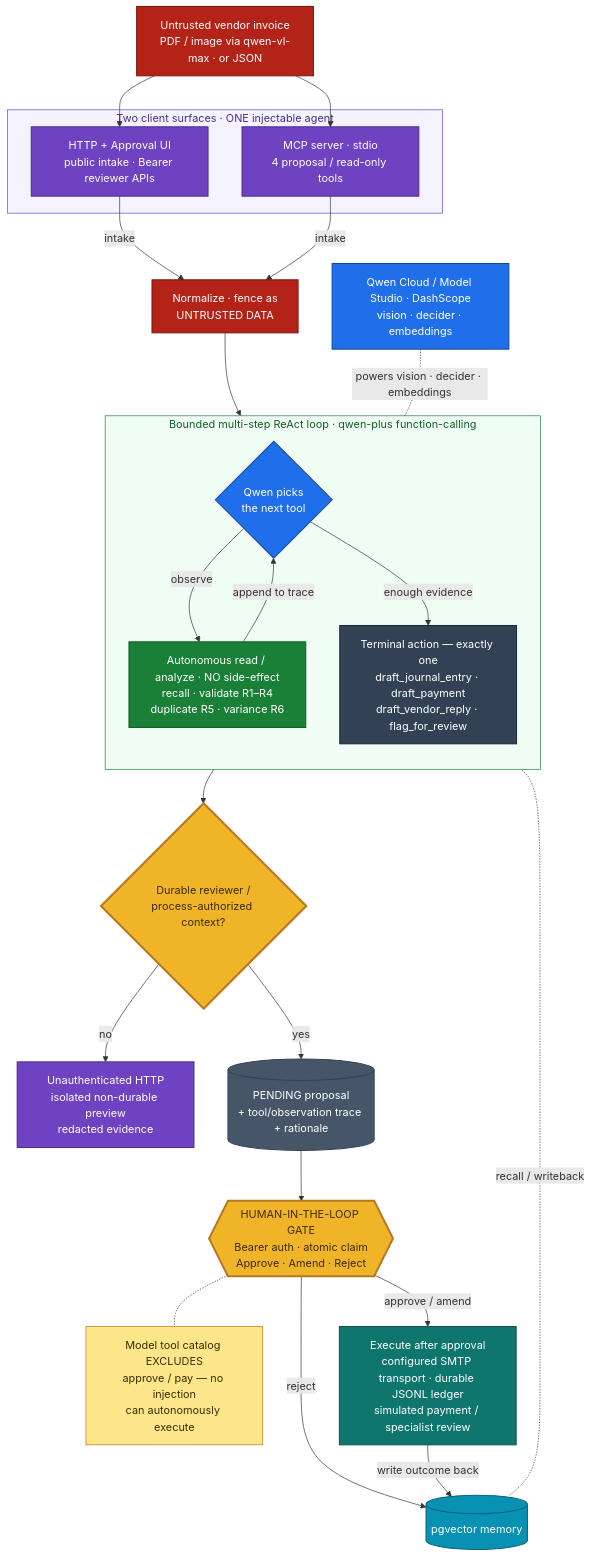
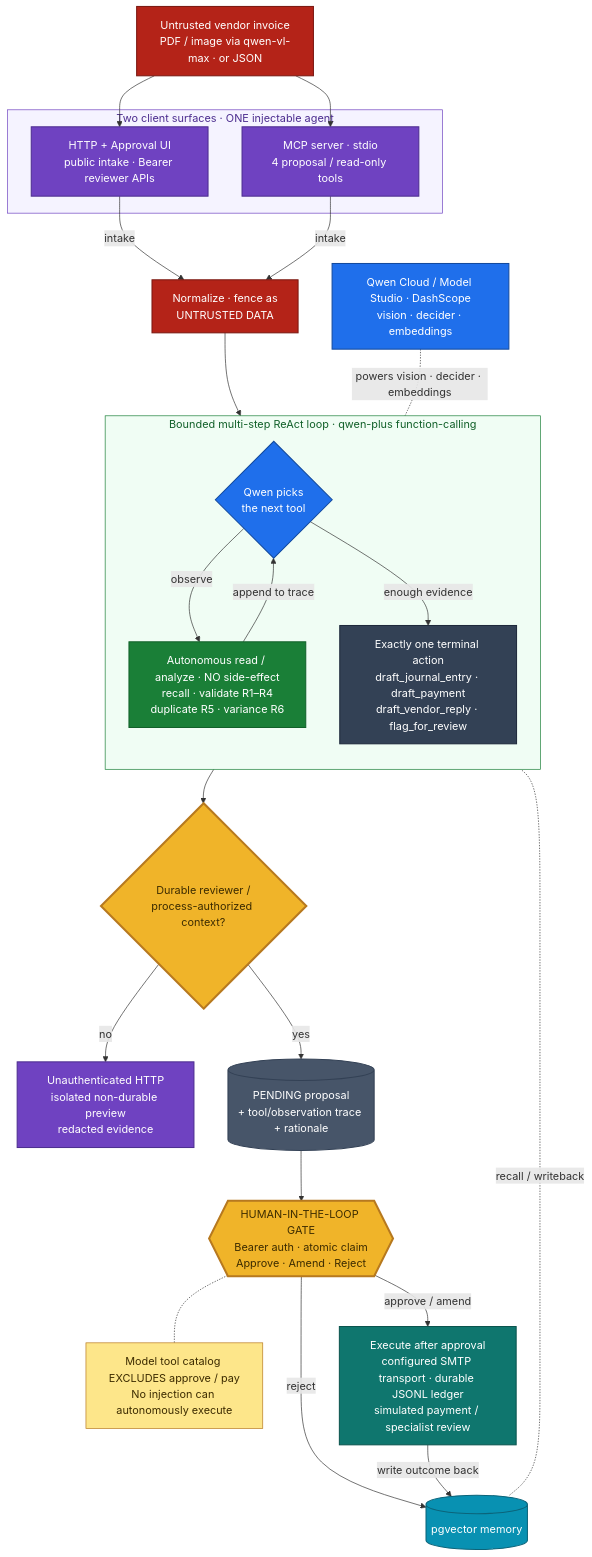
One commit to upgradedev/archon-qwen-autopilot changed the diagram in README.md. Above: the diagram before and after it, drawn with Mermaid. The commit also changed other lines of this file and 9 other files, not shown here.

````diff
--- a/README.md
+++ b/README.md
@@ -174,62 +172,62 @@
 ```mermaid
 flowchart TD
     IN["Untrusted vendor invoice<br/>PDF / image via qwen-vl-max &middot; or JSON"]:::untrusted
 
     subgraph SURF["Two client surfaces &middot; ONE injectable agent"]
       HTTP["HTTP + Approval UI<br/>public intake &middot; Bearer reviewer APIs"]:::surface
       MCP["MCP server &middot; stdio<br/>4 proposal / read-only tools"]:::surface
     end
 
     NORM["Normalize &middot; fence as<br/>UNTRUSTED DATA"]:::untrusted
 
     subgraph LOOP["Bounded multi-step ReAct loop &middot; qwen-plus function-calling"]
       direction TB
       DEC{"Qwen picks<br/>the next tool"}:::ai
       READ["Autonomous read / analyze &middot; NO side-effect<br/>recall &middot; validate R1–R4<br/>duplicate R5 &middot; variance R6"]:::auto
-      TERM["Terminal action &mdash; exactly one<br/>draft_journal_entry &middot; draft_payment<br/>draft_vendor_reply &middot; flag_for_review"]:::terminal
+      TERM["Exactly one terminal action<br/>draft_journal_entry &middot; draft_payment<br/>draft_vendor_reply &middot; flag_for_review"]:::terminal
       DEC -->|observe| READ
       READ -->|append to trace| DEC
       DEC -->|enough evidence| TERM
     end
 
     AUTHZ{"Durable reviewer /<br/>process-authorized context?"}:::gate
     PREVIEW["Unauthenticated HTTP<br/>isolated non-durable preview<br/>redacted evidence"]:::surface
     PEND[("PENDING proposal<br/>+ tool/observation trace + rationale")]:::pending
     GATE{{"HUMAN-IN-THE-LOOP GATE<br/>Bearer auth &middot; atomic claim<br/>Approve &middot; Amend &middot; Reject"}}:::gate
-    NOTE["Model tool catalog EXCLUDES<br/>approve / pay &mdash; no injection<br/>can autonomously execute"]:::guard
+    NOTE["Model tool catalog EXCLUDES approve / pay<br/>No injection can autonomously execute"]:::guard
     EXE["Execute after approval<br/>configured SMTP transport &middot; durable JSONL ledger<br/>simulated payment / specialist review"]:::exec
 
     MEM[("pgvector memory")]:::memory
     QWEN["Qwen Cloud / Model Studio &middot; DashScope<br/>vision &middot; decider &middot; embeddings"]:::ai
 
     IN --> HTTP
     IN --> MCP
     HTTP -->|intake| NORM
     MCP -->|intake| NORM
     NORM --> DEC
     TERM --> AUTHZ
     AUTHZ -->|no| PREVIEW
     AUTHZ -->|yes| PEND
     PEND --> GATE
     GATE -->|approve / amend| EXE
     GATE -->|reject| MEM
     EXE -->|write outcome back| MEM
     GATE -.- NOTE
 
     MEM -. recall / writeback .- READ
     QWEN -. powers vision &middot; decider &middot; embeddings .- LOOP
 
     classDef untrusted fill:#b42318,stroke:#7a1710,stroke-width:1.5px,color:#ffffff;
     classDef surface fill:#6f42c1,stroke:#4c2d8f,stroke-width:1.5px,color:#ffffff;
     classDef ai fill:#1f6feb,stroke:#134a9e,stroke-width:1.5px,color:#ffffff;
     classDef auto fill:#1a7f37,stroke:#116029,stroke-width:1.5px,color:#ffffff;
     classDef terminal fill:#334155,stroke:#1e293b,stroke-width:1.5px,color:#ffffff;
     classDef pending fill:#475569,stroke:#334155,stroke-width:1.5px,color:#ffffff;
     classDef gate fill:#f0b429,stroke:#b7791f,stroke-width:3px,color:#3d2c00;
     classDef guard fill:#fde68a,stroke:#b7791f,stroke-width:1px,color:#3d2c00;
     classDef exec fill:#0f766e,stroke:#0b544e,stroke-width:1.5px,color:#ffffff;
     classDef memory fill:#0891b2,stroke:#0b647a,stroke-width:1.5px,color:#ffffff;
 
     style SURF fill:#f5f3ff,stroke:#6f42c1,color:#4c2d8f;
     style LOOP fill:#f0fdf4,stroke:#1a7f37,color:#116029;
 ```
````
